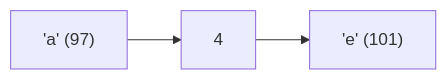
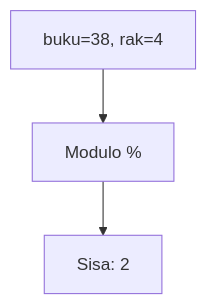
Before and after one commit to amnahwaida/OSNK_INF_PREP: diagram 13 of 25 in part-c-pemahaman-cpp/01-tipe-data/latihan/set-06.md, drawn with Mermaid. The commit also changed other lines of this file and 71 other files, not shown here.

````diff
--- a/part-c-pemahaman-cpp/01-tipe-data/latihan/set-06.md
+++ b/part-c-pemahaman-cpp/01-tipe-data/latihan/set-06.md
@@ -322,5 +366,5 @@
 ```mermaid
-graph LR
-A["'a' (97)"] --> B["4"]
-B --> C["'e' (101)"]
+graph TD
+A["buku=38, rak=4"] --> B["Modulo %"]
+B --> C["Sisa: 2"]
 ```
````
